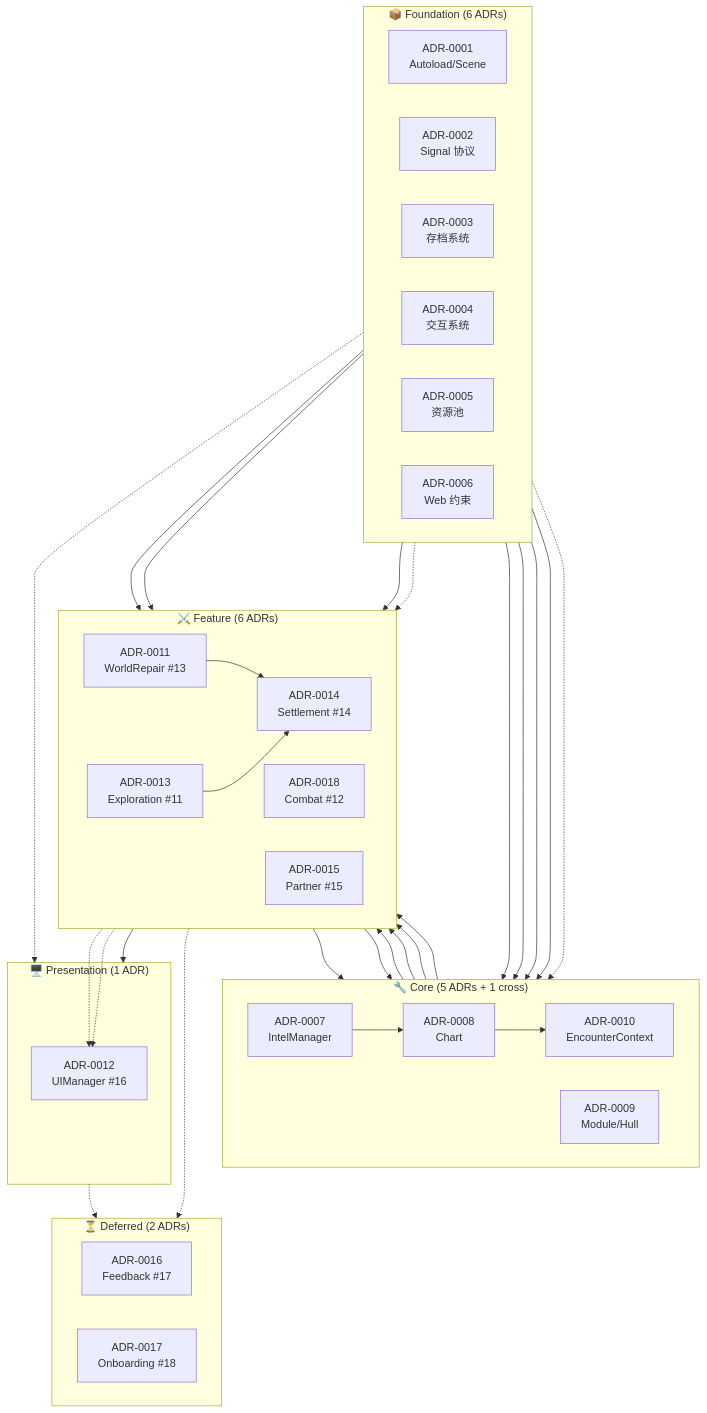
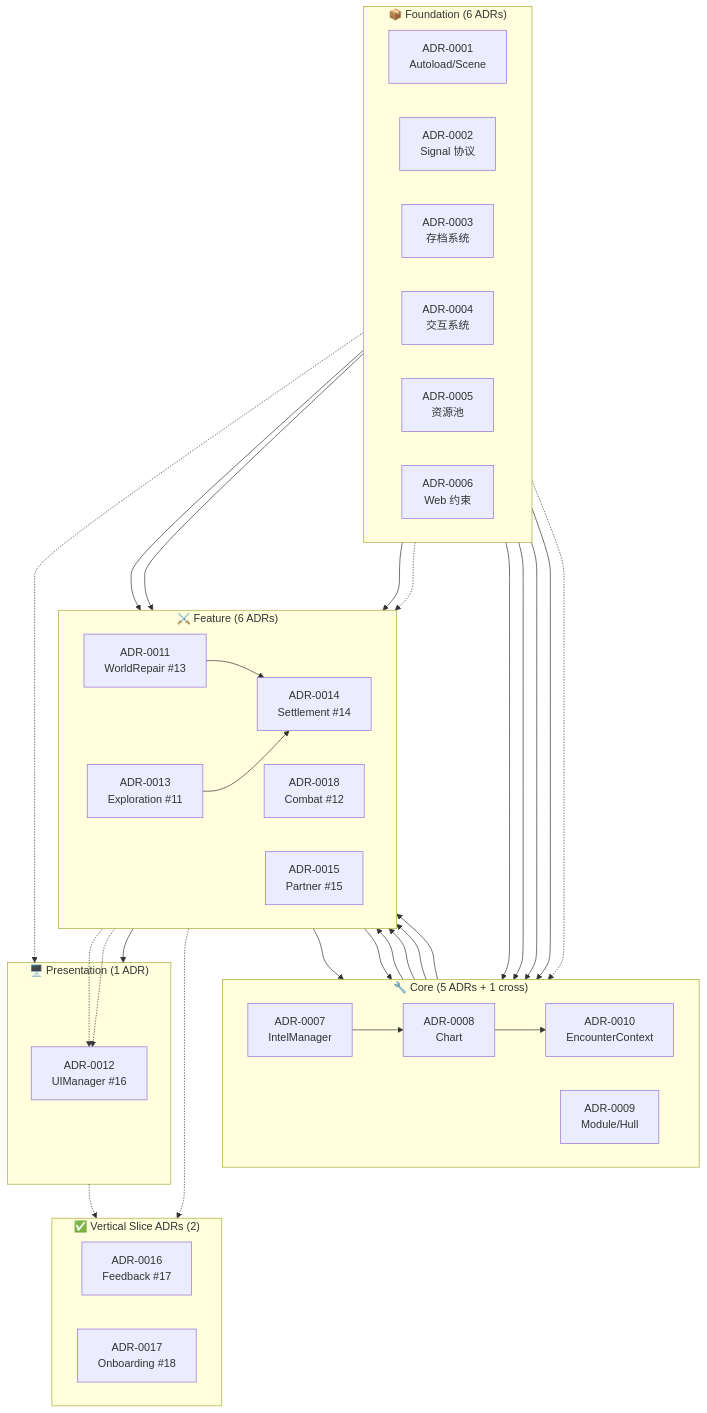
Before and after one commit to lieinsay/Claude-Code-Game-Studios: the third of 16 diagrams in docs/document-index.md, drawn with Mermaid. The commit also changed other lines of this file and 46 other files, not shown here.

````diff
--- a/docs/document-index.md
+++ b/docs/document-index.md
@@ -305,65 +308,65 @@
 ```mermaid
 graph TB
     subgraph Foundation["📦 Foundation (6 ADRs)"]
         direction LR
         F1["ADR-0001<br/>Autoload/Scene"]
         F2["ADR-0002<br/>Signal 协议"]
         F3["ADR-0003<br/>存档系统"]
         F4["ADR-0004<br/>交互系统"]
         F5["ADR-0005<br/>资源池"]
         F6["ADR-0006<br/>Web 约束"]
     end
 
     subgraph Core["🔧 Core (5 ADRs + 1 cross)"]
         direction LR
         C1["ADR-0007<br/>IntelManager"]
         C2["ADR-0008<br/>Chart"]
         C3["ADR-0009<br/>Module/Hull"]
         C4["ADR-0010<br/>EncounterContext"]
     end
 
     subgraph Feature["⚔️ Feature (6 ADRs)"]
         direction LR
         FT1["ADR-0011<br/>WorldRepair #13"]
         FT2["ADR-0018<br/>Combat #12"]
         FT3["ADR-0013<br/>Exploration #11"]
         FT4["ADR-0014<br/>Settlement #14"]
         FT5["ADR-0015<br/>Partner #15"]
     end
 
     subgraph Presentation["🖥️ Presentation (1 ADR)"]
         P1["ADR-0012<br/>UIManager #16"]
     end
 
-    subgraph Deferred["⏳ Deferred (2 ADRs)"]
+    subgraph VerticalSliceADR["✅ Vertical Slice ADRs (2)"]
         D4["ADR-0016<br/>Feedback #17"]
         D5["ADR-0017<br/>Onboarding #18"]
     end
 
     Foundation --> Core
     Core --> Feature
     Feature --> Presentation
-    Feature -.-> Deferred
-    Presentation -.-> Deferred
+    Feature -.-> VerticalSliceADR
+    Presentation -.-> VerticalSliceADR
 
     F2 -..-> Core
     F2 -..-> Feature
     F2 -..-> Presentation
     F5 --> FT1
     F5 --> FT2
     F5 --> FT4
     F3 --> C1
     F3 --> C2
     F3 --> C3
     C1 --> C2
     C2 --> C4
     C3 --> FT2
     C4 --> FT2
     C4 --> FT3
     FT1 --> C1
     FT1 --> C2
     FT1 --> FT4
     FT3 --> FT4
     FT2 -.-> P1
     FT1 -.-> P1
 ```
````
